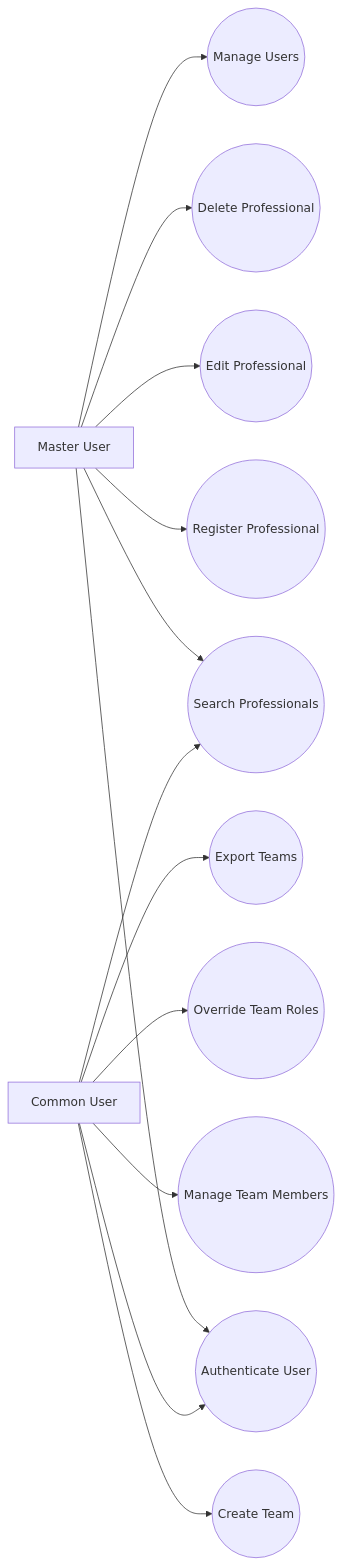
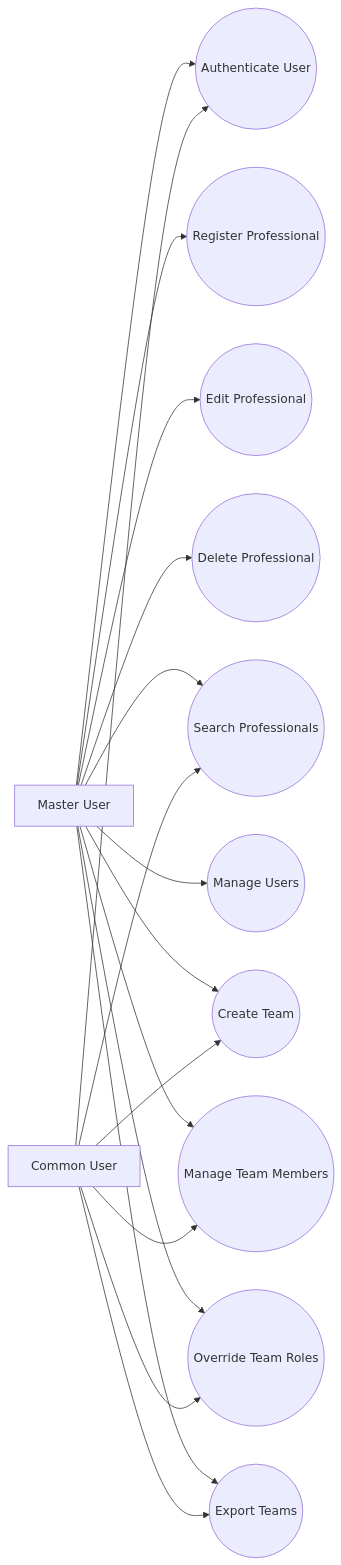
One commit to biancabsouza23/guerrilha-manager changed the diagram in docs/uml/use-case-diagram.md. Above: the diagram before and after it, drawn with Mermaid.

Commit message:
fix(uml): update master user permissions #16

````diff
--- a/docs/uml/use-case-diagram.md
+++ b/docs/uml/use-case-diagram.md
@@ -3,31 +3,35 @@
 ```mermaid
 graph LR
 
 MasterUser[Master User]
 CommonUser[Common User]
 
 Authenticate((Authenticate User))
 RegisterProfessional((Register Professional))
 EditProfessional((Edit Professional))
 DeleteProfessional((Delete Professional))
 SearchProfessional((Search Professionals))
 CreateTeam((Create Team))
 ManageTeam((Manage Team Members))
 OverrideRoles((Override Team Roles))
 ExportTeams((Export Teams))
 ManageUsers((Manage Users))
 
 MasterUser --> Authenticate
 MasterUser --> RegisterProfessional
 MasterUser --> EditProfessional
 MasterUser --> DeleteProfessional
 MasterUser --> SearchProfessional
 MasterUser --> ManageUsers
+MasterUser --> CreateTeam
+MasterUser --> ManageTeam
+MasterUser --> OverrideRoles
+MasterUser --> ExportTeams
 
 CommonUser --> Authenticate
 CommonUser --> SearchProfessional
 CommonUser --> CreateTeam
 CommonUser --> ManageTeam
 CommonUser --> OverrideRoles
 CommonUser --> ExportTeams
 ```
````
